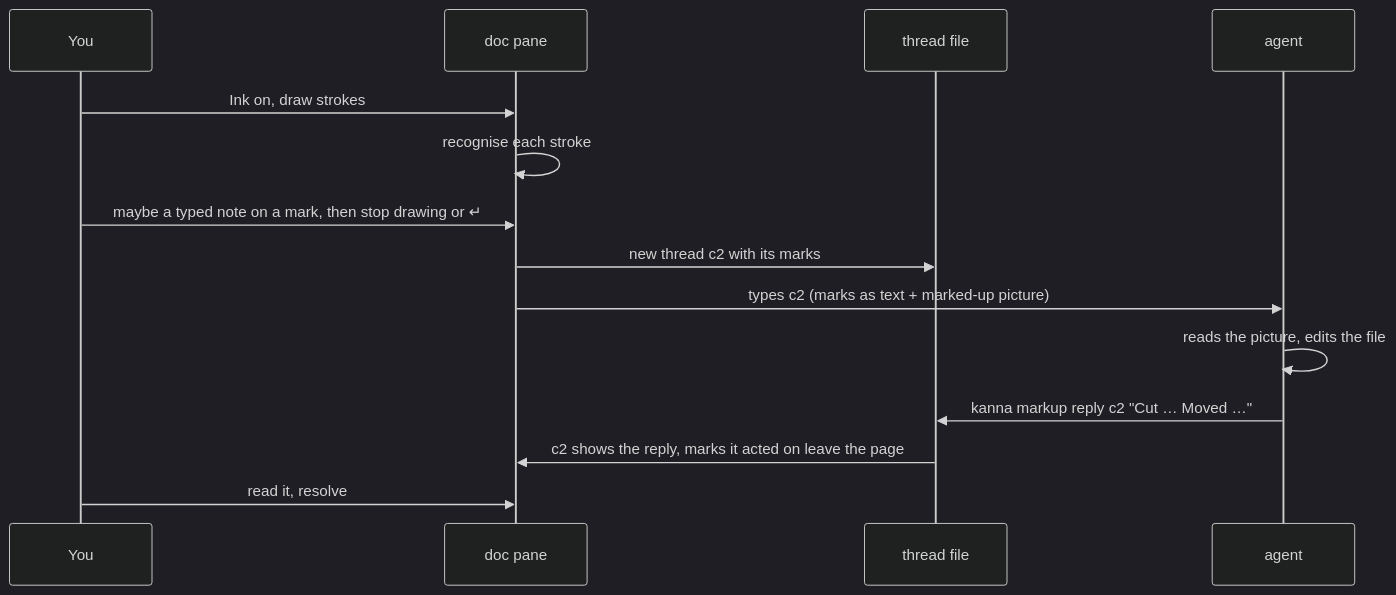
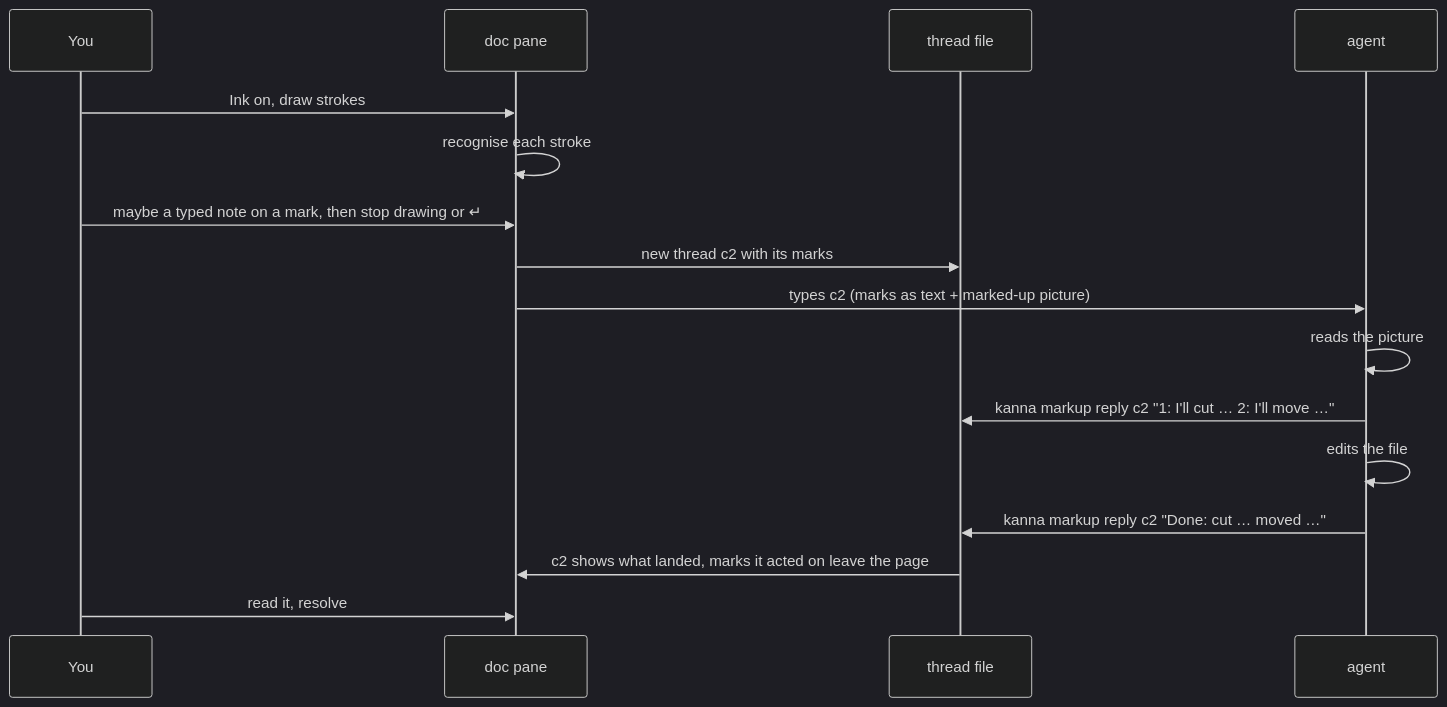
The first of 2 diagrams in docs/specs/ink-markup.md (tampopogk/kanna), drawn with Mermaid (dark theme) before and after one commit. The commit also changed other lines of this file and 2 other files, not shown here.

Commit message:
kanna-markup: reply to a comment first, do longer work in a subagent or the background so the turn ends and the next comment comes in, and reply again with what landed; doc-markup and ink-markup specs follow

````diff
--- a/docs/specs/ink-markup.md
+++ b/docs/specs/ink-markup.md
@@ -21,16 +21,18 @@
 ```mermaid
 sequenceDiagram
     participant You
     participant Doc as doc pane
     participant F as thread file
     participant A as agent
     You->>Doc: Ink on, draw strokes
     Doc->>Doc: recognise each stroke
     You->>Doc: maybe a typed note on a mark, then stop drawing or ↵
     Doc->>F: new thread c2 with its marks
     Doc->>A: types c2 (marks as text + marked-up picture)
-    A->>A: reads the picture, edits the file
-    A->>F: kanna markup reply c2 "Cut … Moved …"
-    F->>Doc: c2 shows the reply, marks it acted on leave the page
+    A->>A: reads the picture
+    A->>F: kanna markup reply c2 "1: I'll cut … 2: I'll move …"
+    A->>A: edits the file
+    A->>F: kanna markup reply c2 "Done: cut … moved …"
+    F->>Doc: c2 shows what landed, marks it acted on leave the page
     You->>Doc: read it, resolve
 ```
````
